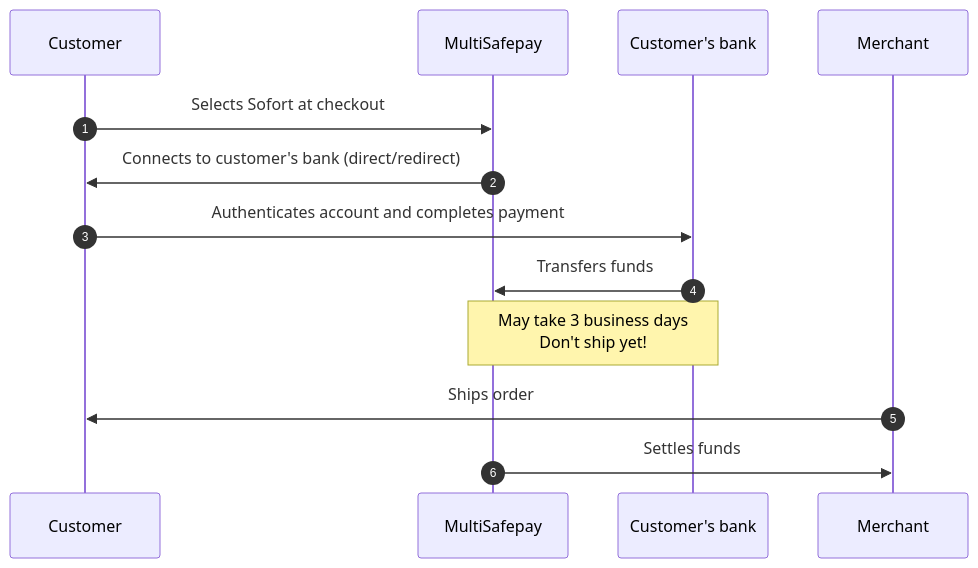
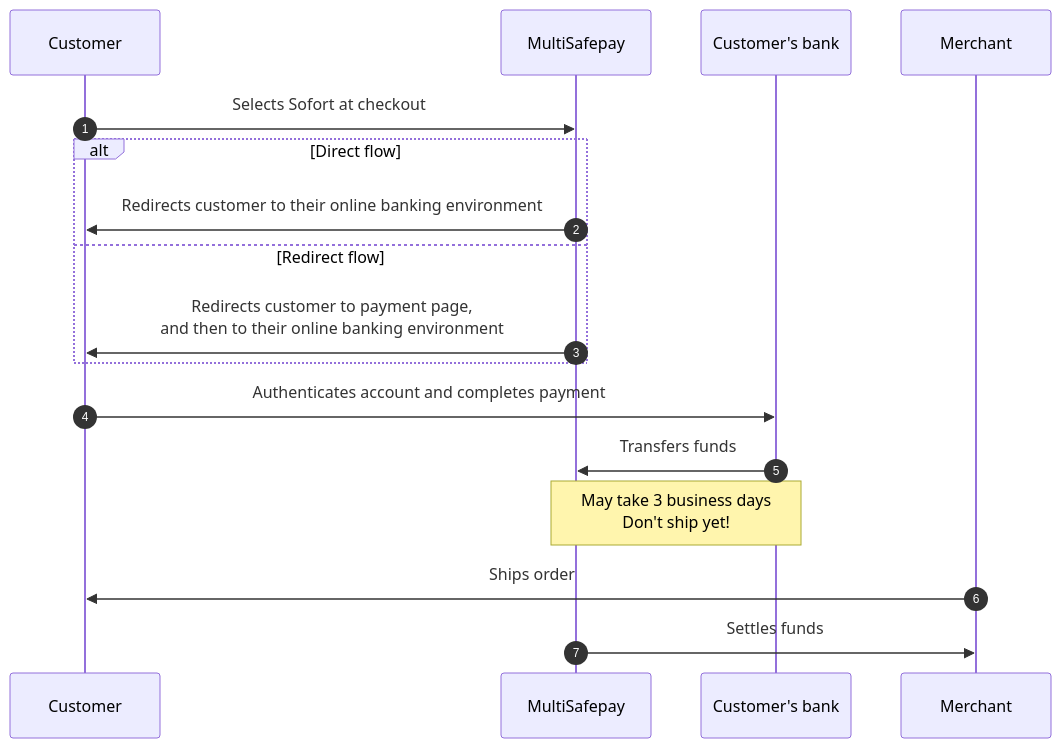
One commit to MultiSafepay/docs changed the diagram in content/payments/methods/banks/sofort/payment-flow.md. Above: the diagram before and after it, drawn with Mermaid. The commit also changed other lines of this file and 20 other files, not shown here.

```diff
--- a/content/payments/methods/banks/sofort/payment-flow.md
+++ b/content/payments/methods/banks/sofort/payment-flow.md
@@ -18,18 +18,22 @@
 {{< mermaid class="text-center" >}}
 
 sequenceDiagram
     autonumber
     participant C as Customer
     participant Mu as MultiSafepay
     participant CB as Customer's bank
     participant Me as Merchant
 
     C->>Mu: Selects Sofort at checkout
-    Mu->>C: Connects to customer's bank (direct/redirect)
+    alt Direct flow
+    Mu->>C: Redirects customer to their online banking environment
+    else Redirect flow
+    Mu->>C: Redirects customer to payment page, <br> and then to their online banking environment
+    end
     C->>CB: Authenticates account and completes payment
     CB->>Mu: Transfers funds 
     Note over CB,Mu: May take 3 business days <br> Don't ship yet!
     Me->>C: Ships order
     Mu->>Me: Settles funds
 
 {{< /mermaid >}}
```
